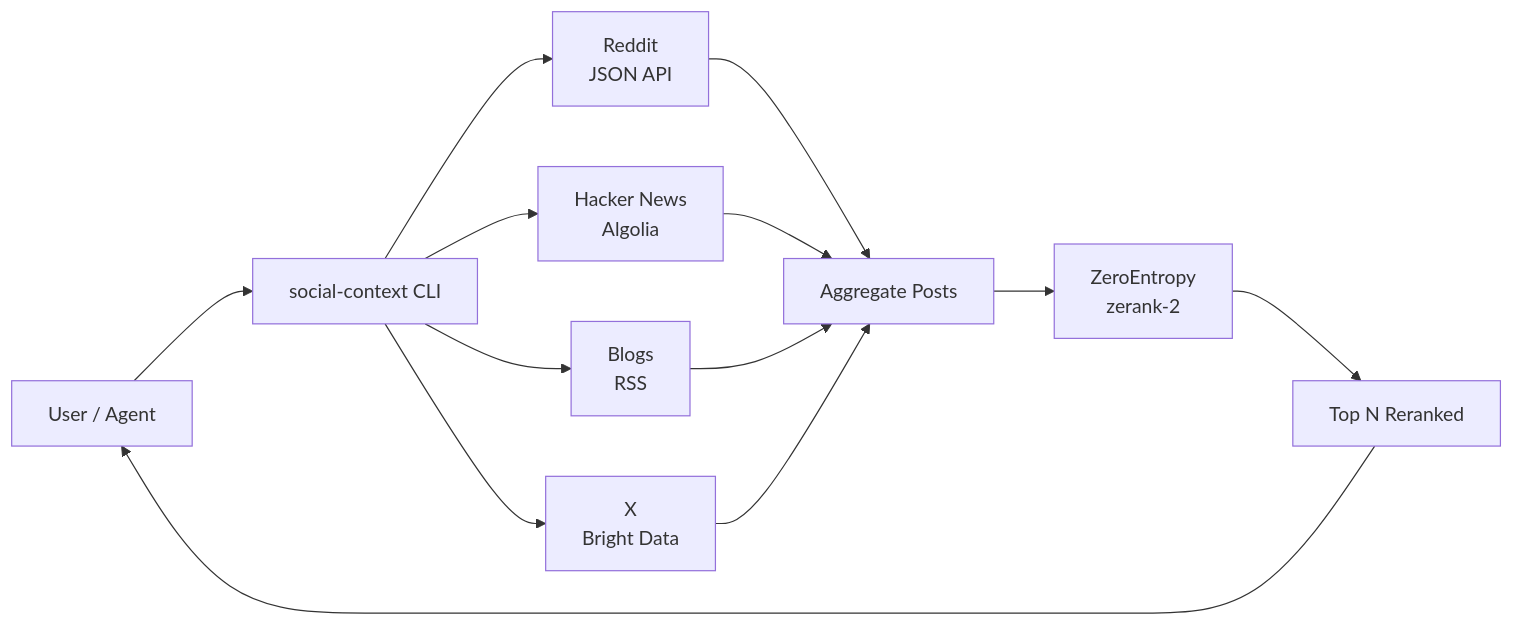
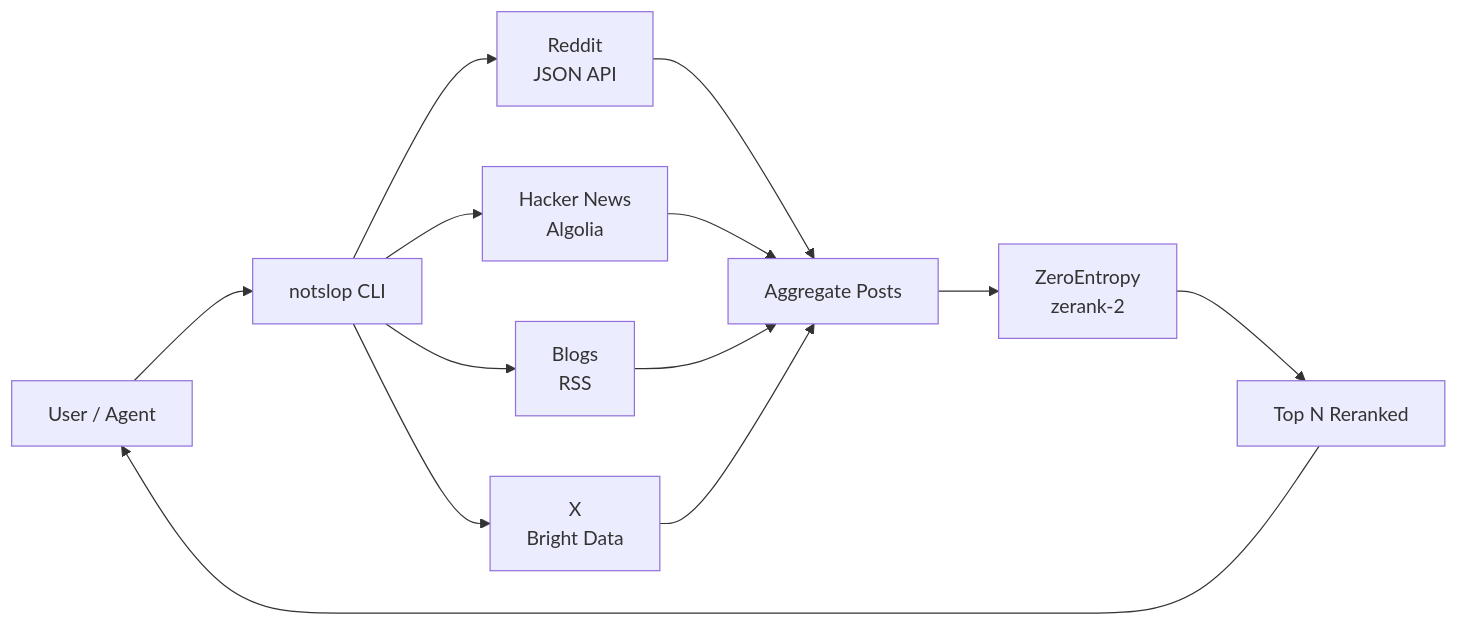
Before and after one commit to adrienckr/notslop: the diagram in README.md, drawn with Mermaid. The commit also changed other lines of this file and 32 other files, not shown here.

````diff
--- a/README.md
+++ b/README.md
@@ -98,12 +108,12 @@
 ```mermaid
 flowchart LR
-    user[User / Agent] --> cli[social-context CLI]
+    user[User / Agent] --> cli[notslop CLI]
     cli --> reddit[Reddit<br/>JSON API]
     cli --> hn[Hacker News<br/>Algolia]
     cli --> blogs[Blogs<br/>RSS]
     cli --> x[X<br/>Bright Data]
     reddit & hn & blogs & x --> agg[Aggregate Posts]
     agg --> ze[ZeroEntropy<br/>zerank-2]
     ze --> out[Top N Reranked]
     out --> user
 ```
````
